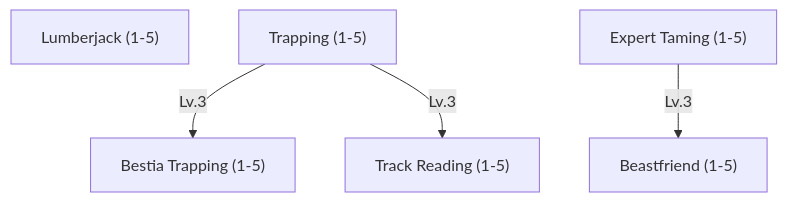
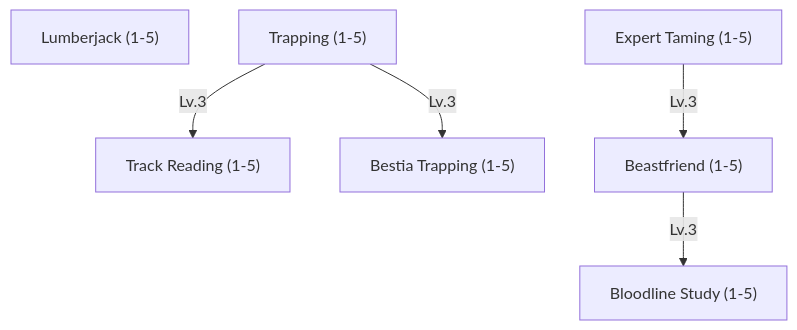
Before and after one commit to tfelix/bestia-docs: the seventh of 17 diagrams in content/docs/mechanics/master.md, drawn with Mermaid. The commit also changed other lines of this file and 1 other file, not shown here.

````diff
--- a/content/docs/mechanics/master.md
+++ b/content/docs/mechanics/master.md
@@ -597,13 +633,15 @@
 ```mermaid
 graph TD
     Lumberjack["Lumberjack (1-5)"]
     Trapping["Trapping (1-5)"]
     TrackReading["Track Reading (1-5)"]
     BestiaTrapping["Bestia Trapping (1-5)"]
     ExpertTaming["Expert Taming (1-5)"]
     Beastfriend["Beastfriend (1-5)"]
+    BloodlineStudy["Bloodline Study (1-5)"]
 
     Trapping -->|Lv.3| BestiaTrapping
     Trapping -->|Lv.3| TrackReading
     ExpertTaming -->|Lv.3| Beastfriend
+    Beastfriend -->|Lv.3| BloodlineStudy
 ```
````
